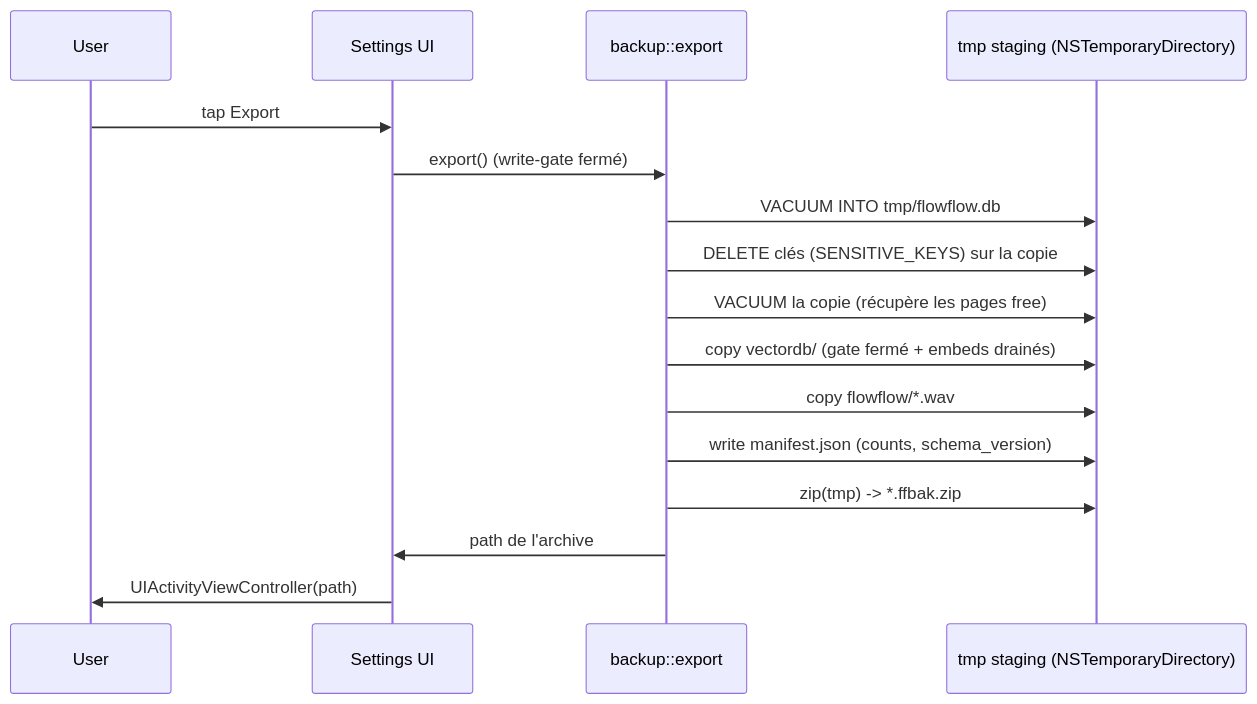
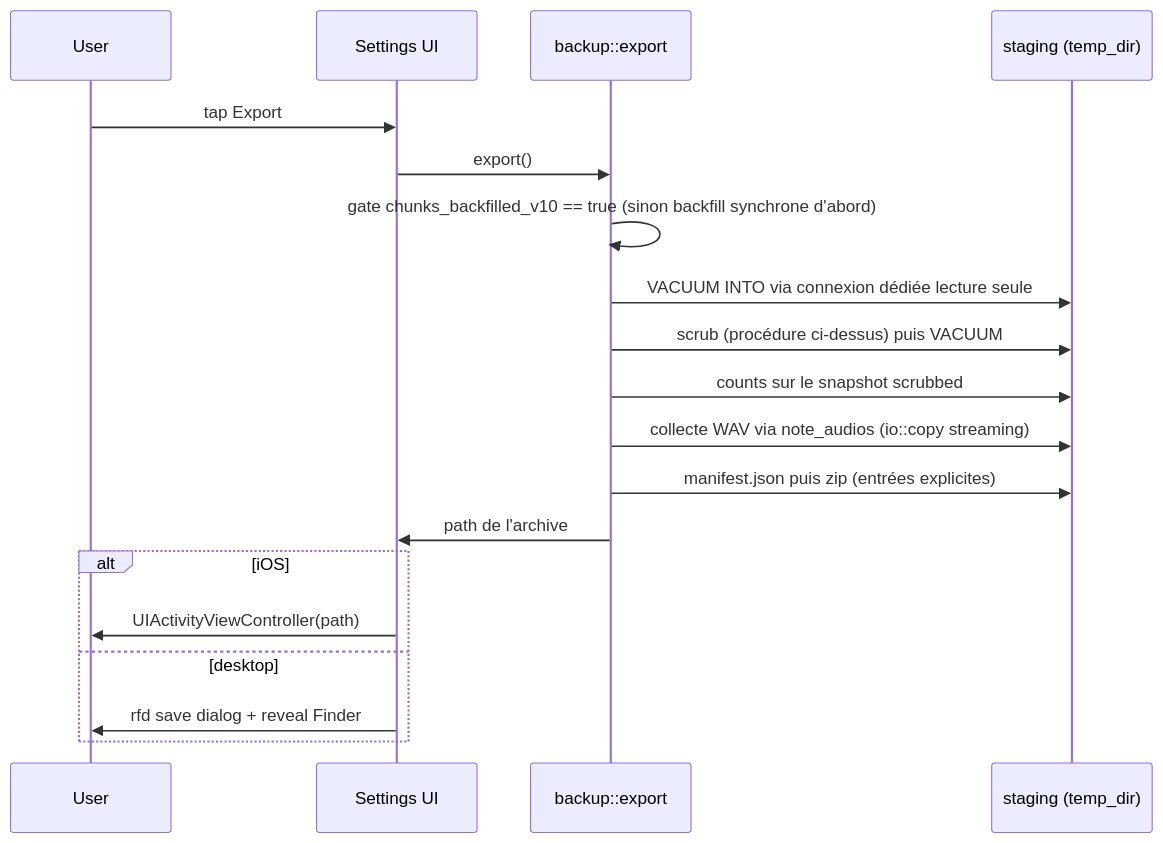
Before and after one commit to mirkobozzetto/flowflow: the second of 4 diagrams in docs/rfcs/0001-data-backup-export/RFC.md, drawn with Mermaid. The commit also changed other lines of this file and 30 other files, not shown here.

````diff
--- a/docs/rfcs/0001-data-backup-export/RFC.md
+++ b/docs/rfcs/0001-data-backup-export/RFC.md
@@ -208,18 +422,21 @@
 ```mermaid
 sequenceDiagram
     participant U as User
     participant S as Settings UI
     participant B as backup::export
-    participant FS as tmp staging (NSTemporaryDirectory)
+    participant FS as staging (temp_dir)
     U->>S: tap Export
-    S->>B: export() (write-gate fermé)
-    B->>FS: VACUUM INTO tmp/flowflow.db
-    B->>FS: DELETE clés (SENSITIVE_KEYS) sur la copie
-    B->>FS: VACUUM la copie (récupère les pages free)
-    B->>FS: copy vectordb/ (gate fermé + embeds drainés)
-    B->>FS: copy flowflow/*.wav
-    B->>FS: write manifest.json (counts, schema_version)
-    B->>FS: zip(tmp) -> *.ffbak.zip
+    S->>B: export()
+    B->>B: gate chunks_backfilled_v10 == true (sinon backfill synchrone d'abord)
+    B->>FS: VACUUM INTO via connexion dédiée lecture seule
+    B->>FS: scrub (procédure ci-dessus) puis VACUUM
+    B->>FS: counts sur le snapshot scrubbed
+    B->>FS: collecte WAV via note_audios (io::copy streaming)
+    B->>FS: manifest.json puis zip (entrées explicites)
     B->>S: path de l'archive
-    S->>U: UIActivityViewController(path)
+    alt iOS
+        S->>U: UIActivityViewController(path)
+    else desktop
+        S->>U: rfd save dialog + reveal Finder
+    end
 ```
````
